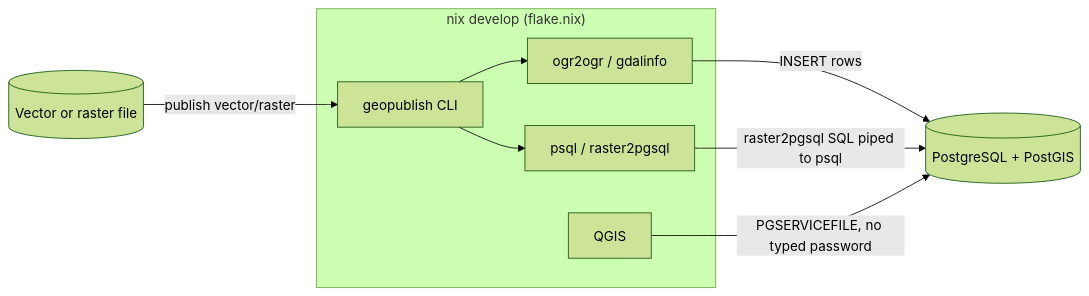
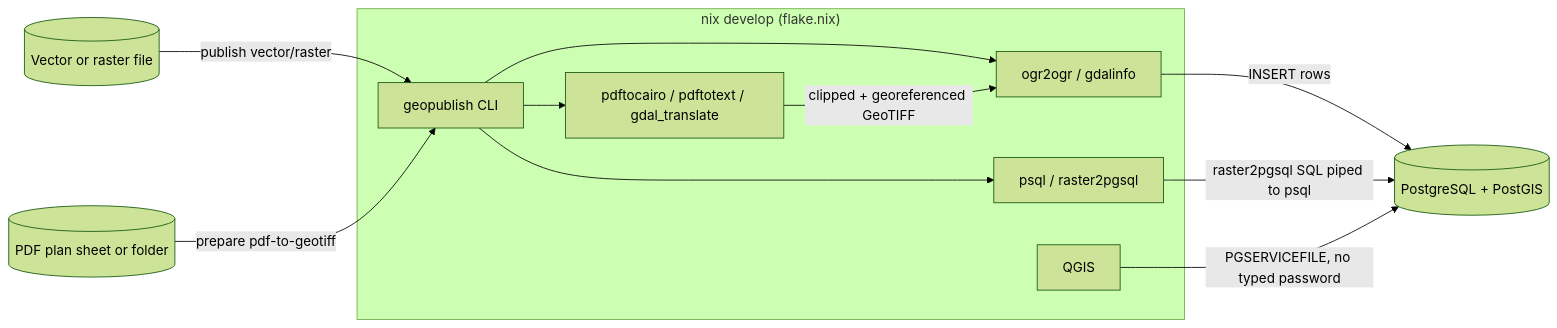
Before and after one commit to timlinux/geopublish: the diagram in SPECIFICATION.md, drawn with Mermaid (forest theme). The commit also changed other lines of this file and 10 other files, not shown here.

````diff
--- a/SPECIFICATION.md
+++ b/SPECIFICATION.md
@@ -40,16 +44,20 @@
 ```mermaid
 flowchart LR
     subgraph DevShell["nix develop (flake.nix)"]
         CLI[geopublish CLI]
         GDAL[ogr2ogr / gdalinfo]
         PGTOOLS[psql / raster2pgsql]
+        PDFTOOLS[pdftocairo / pdftotext / gdal_translate]
         QGIS[QGIS]
     end
 
     File[(Vector or raster file)] -->|publish vector/raster| CLI
+    PDF[(PDF plan sheet or folder)] -->|prepare pdf-to-geotiff| CLI
     CLI --> GDAL
     CLI --> PGTOOLS
+    CLI --> PDFTOOLS
+    PDFTOOLS -->|clipped + georeferenced GeoTIFF| GDAL
     GDAL -->|INSERT rows| PG[(PostgreSQL + PostGIS)]
     PGTOOLS -->|raster2pgsql SQL piped to psql| PG
     QGIS -->|PGSERVICEFILE, no typed password| PG
 ```
````
